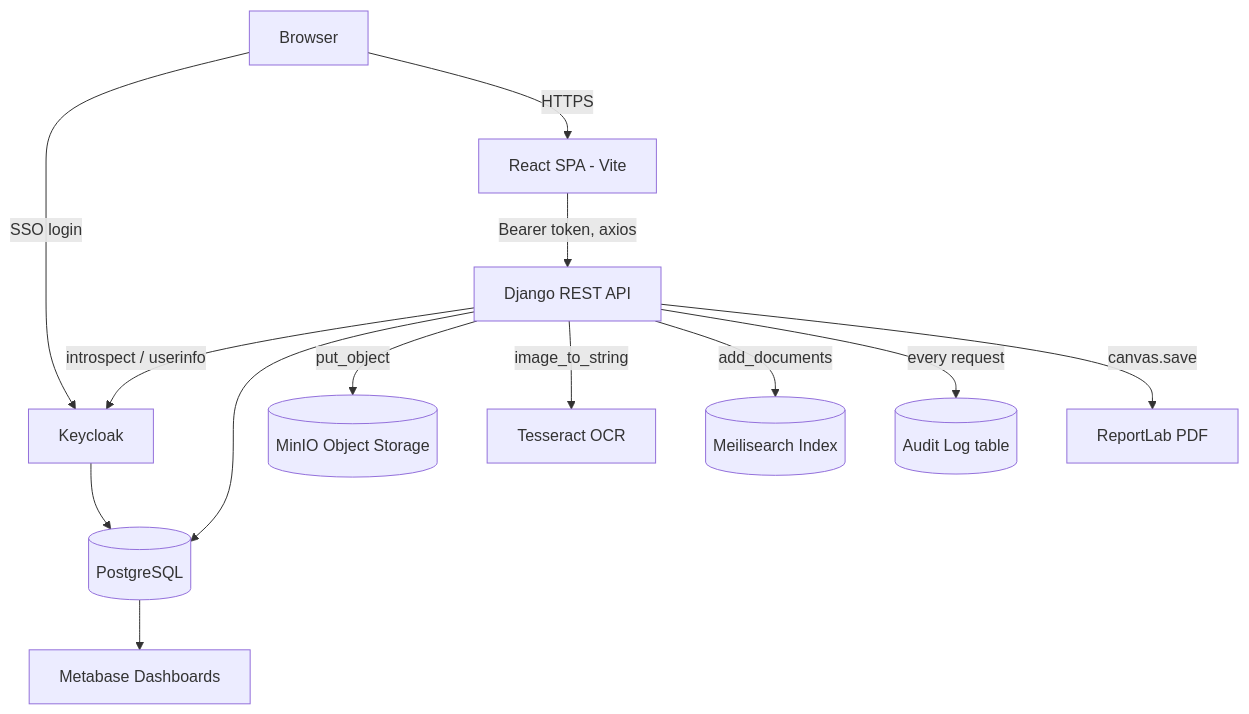
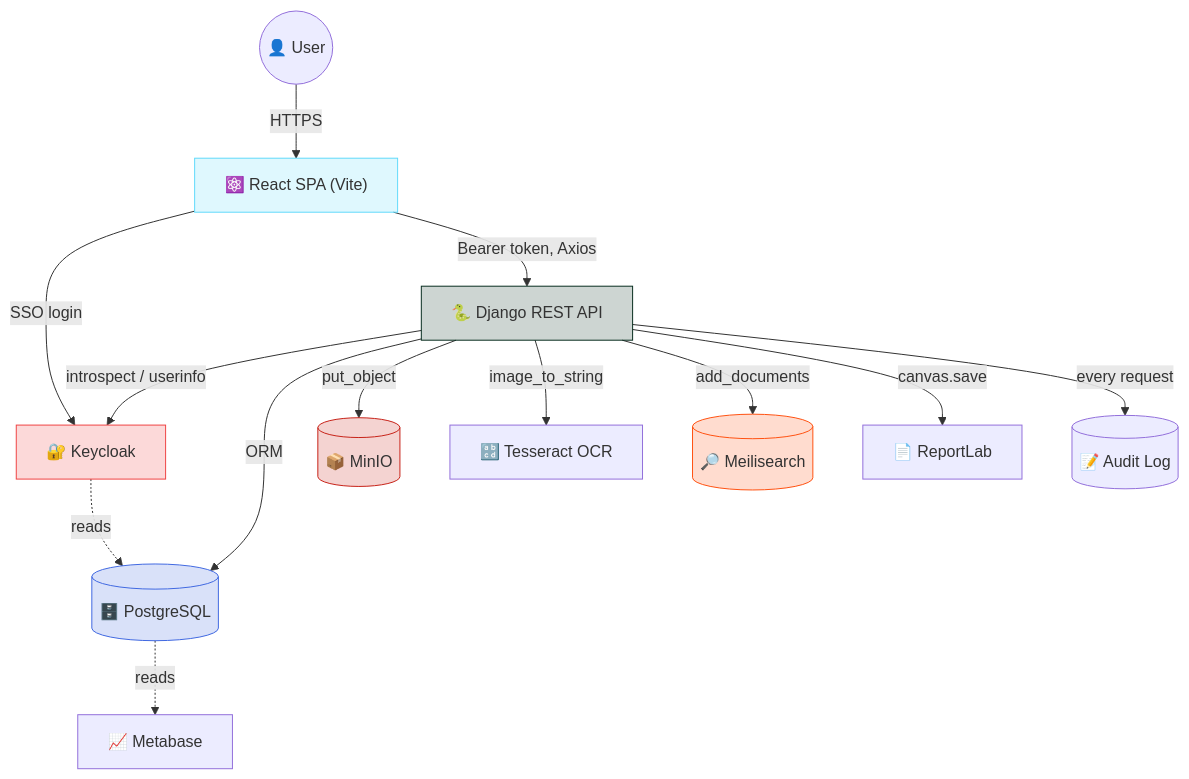
The first of 2 diagrams in README.md (Sohan-dsz/Cloud-Based-Naac-Data-Management-System), drawn with Mermaid before and after one commit. The commit also changed other lines of this file, not shown here.

````diff
--- a/README.md
+++ b/README.md
@@ -23,15 +112,24 @@
 ```mermaid
 flowchart TD
-    User[Browser] -->|SSO login| KC[Keycloak]
-    User -->|HTTPS| FE[React SPA - Vite]
-    FE -->|Bearer token, axios| API[Django REST API]
+    User(("👤 User")) -->|HTTPS| FE["⚛️ React SPA (Vite)"]
+    FE -->|SSO login| KC["🔐 Keycloak"]
+    FE -->|Bearer token, Axios| API["🐍 Django REST API"]
+
     API -->|introspect / userinfo| KC
-    API --> DB[(PostgreSQL)]
-    API -->|put_object| MinIO[(MinIO Object Storage)]
-    API -->|image_to_string| OCR[Tesseract OCR]
-    API -->|add_documents| Meili[(Meilisearch Index)]
-    API -->|every request| Audit[(Audit Log table)]
-    API -->|canvas.save| PDF[ReportLab PDF]
-    DB --> Metabase[Metabase Dashboards]
-    KC --> DB
+    API -->|ORM| DB[("🗄️ PostgreSQL")]
+    API -->|put_object| MinIO[("📦 MinIO")]
+    API -->|image_to_string| OCR["🔡 Tesseract OCR"]
+    API -->|add_documents| Meili[("🔎 Meilisearch")]
+    API -->|canvas.save| PDF["📄 ReportLab"]
+    API -->|every request| Audit[("📝 Audit Log")]
+
+    DB -.reads.-> Metabase["📈 Metabase"]
+    KC -.reads.-> DB
+
+    style FE fill:#61DAFB33,stroke:#61DAFB
+    style API fill:#092E2033,stroke:#092E20
+    style DB fill:#4169E133,stroke:#4169E1
+    style MinIO fill:#C7231933,stroke:#C72319
+    style Meili fill:#FF521233,stroke:#FF5212
+    style KC fill:#EF444433,stroke:#EF4444
 ```
````
